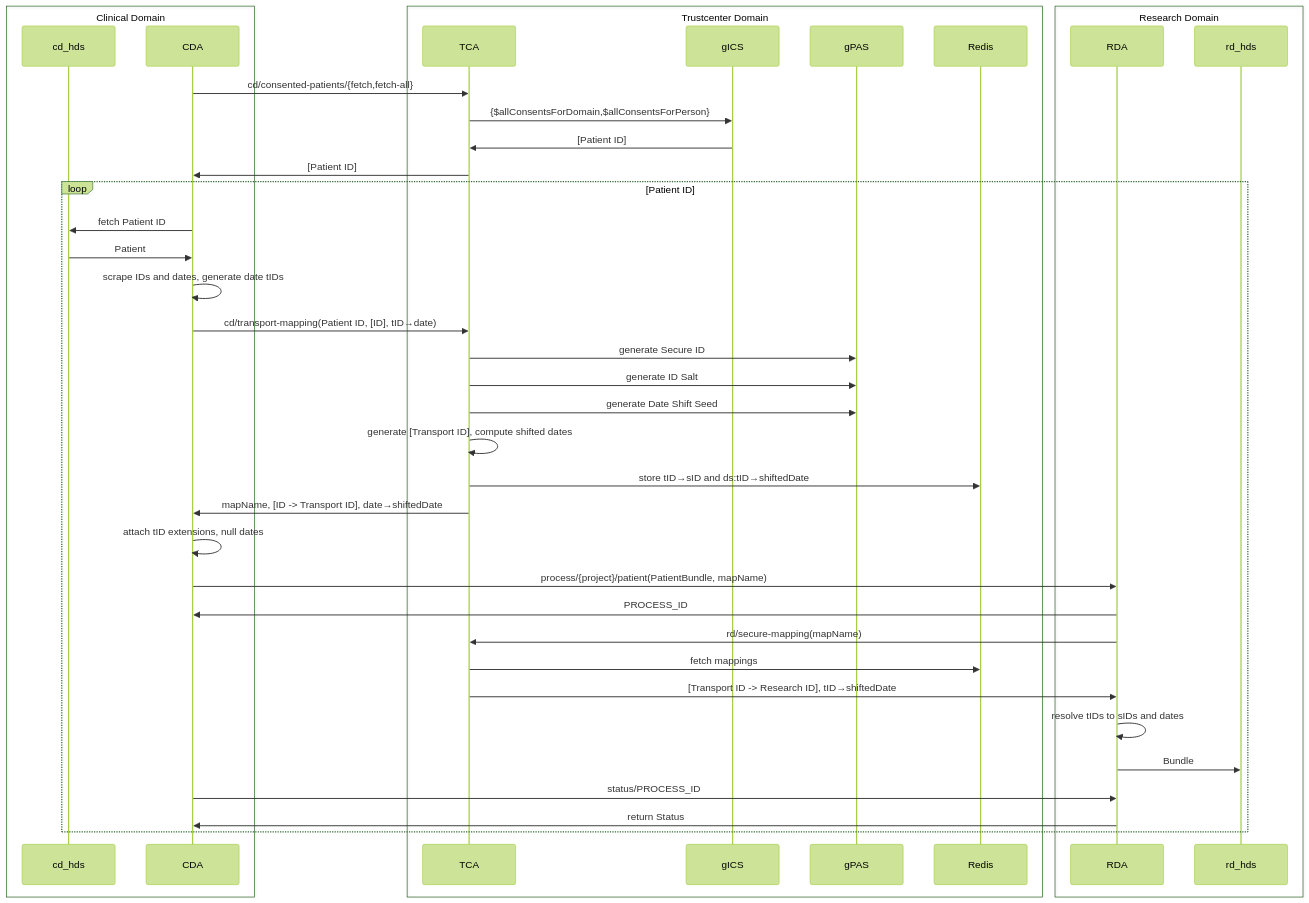
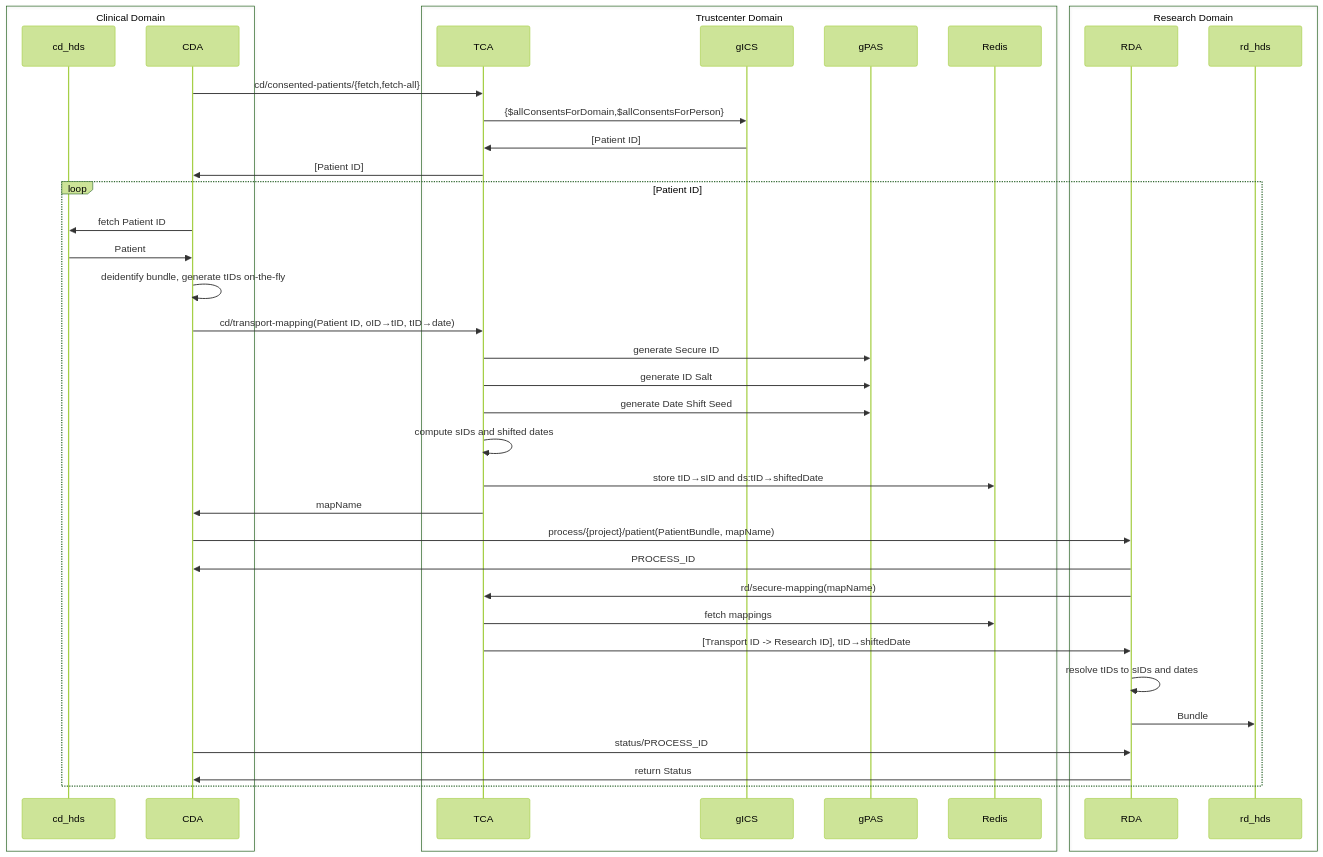
One commit to medizininformatik-initiative/fts-next changed the diagram in docs/contributing/overview.md. Above: the diagram before and after it, drawn with Mermaid (forest theme). The commit also changed 28 other files, not shown here.

````diff
--- a/docs/contributing/overview.md
+++ b/docs/contributing/overview.md
@@ -14,45 +14,44 @@
 ```mermaid
 sequenceDiagram
   box Clinical Domain
     participant cd_hds
     participant CDA
   end
   box Trustcenter Domain
     participant TCA
     participant gICS
     participant gPAS
     participant Redis
   end
   box Research Domain
     participant RDA
     participant rd_hds
   end
 
   CDA ->> TCA: cd/consented-patients/{fetch,fetch-all}
   TCA ->> gICS: {$allConsentsForDomain,$allConsentsForPerson}
   gICS ->> TCA: [Patient ID]
   TCA ->> CDA: [Patient ID]
 
   loop Patient ID
     CDA ->> cd_hds: fetch Patient ID
     cd_hds ->> CDA: Patient
-    CDA ->> CDA: scrape IDs and dates, generate date tIDs
-    CDA ->> TCA: cd/transport-mapping(Patient ID, [ID], tID→date)
+    CDA ->> CDA: deidentify bundle, generate tIDs on-the-fly
+    CDA ->> TCA: cd/transport-mapping(Patient ID, oID→tID, tID→date)
     TCA ->> gPAS: generate Secure ID
     TCA ->> gPAS: generate ID Salt
     TCA ->> gPAS: generate Date Shift Seed
-    TCA ->> TCA: generate [Transport ID], compute shifted dates
+    TCA ->> TCA: compute sIDs and shifted dates
     TCA ->> Redis: store tID→sID and ds:tID→shiftedDate
-    TCA ->> CDA: mapName, [ID -> Transport ID], date→shiftedDate
-    CDA ->> CDA: attach tID extensions, null dates
+    TCA ->> CDA: mapName
     CDA ->> RDA: process/{project}/patient(PatientBundle, mapName)
     RDA ->> CDA: PROCESS_ID
     RDA ->> TCA: rd/secure-mapping(mapName)
     TCA ->> Redis: fetch mappings
     TCA ->> RDA: [Transport ID -> Research ID], tID→shiftedDate
     RDA ->> RDA: resolve tIDs to sIDs and dates
     RDA ->> rd_hds: Bundle
     CDA ->> RDA: status/PROCESS_ID
     RDA ->> CDA: return Status
   end
 ```
````
